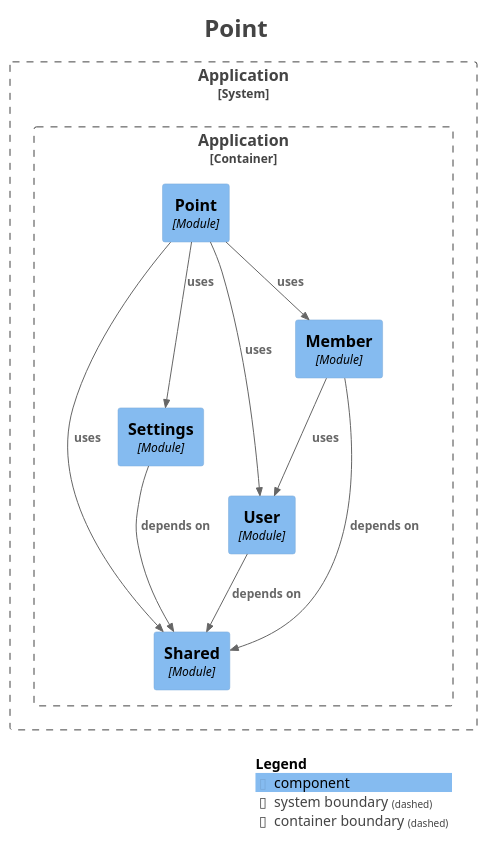
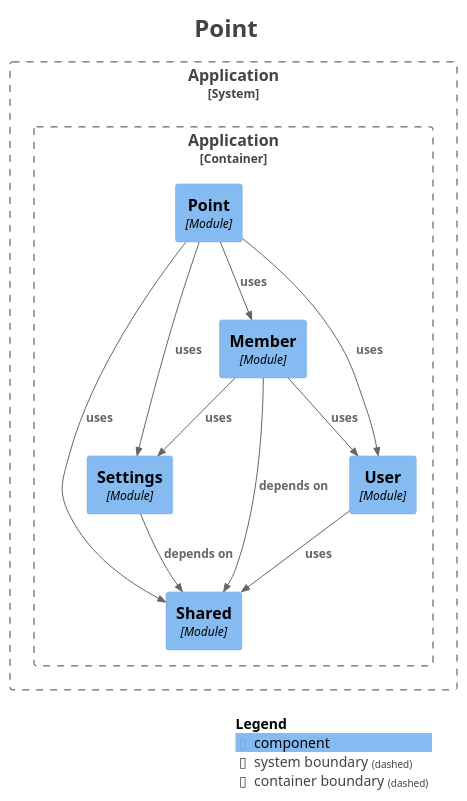
Before and after one commit to kanghouchao/Kizuna: the diagram in backend/docs/modulith/module-point.puml, drawn with PlantUML. The commit also changed 81 other files, not shown here.

```diff
--- a/backend/docs/modulith/module-point.puml
+++ b/backend/docs/modulith/module-point.puml
@@ -1,40 +1,41 @@
 @startuml
 title <size:24>Point</size>
 
 set separator none
 top to bottom direction
 
 <style>
   root {
     BackgroundColor: #ffffff
     FontColor: #444444
   }
 </style>
 
 !include <C4/C4>
 !include <C4/C4_Context>
 !include <C4/C4_Component>
 
 System_Boundary("Application_boundary", "Application", $tags="") {
   Container_Boundary("Application.Application_boundary", "Application", $tags="") {
     Component(Application.Application.Point, "Point", $techn="Module", $descr="", $tags="", $link="")
     Component(Application.Application.Shared, "Shared", $techn="Module", $descr="", $tags="", $link="")
     Component(Application.Application.Settings, "Settings", $techn="Module", $descr="", $tags="", $link="")
     Component(Application.Application.User, "User", $techn="Module", $descr="", $tags="", $link="")
     Component(Application.Application.Member, "Member", $techn="Module", $descr="", $tags="", $link="")
   }
 
 }
 
-Rel(Application.Application.User, Application.Application.Shared, "depends on", $techn="", $tags="", $link="")
+Rel(Application.Application.Member, Application.Application.Shared, "depends on", $techn="", $tags="", $link="")
+Rel(Application.Application.Member, Application.Application.Settings, "uses", $techn="", $tags="", $link="")
+Rel(Application.Application.Member, Application.Application.User, "uses", $techn="", $tags="", $link="")
 Rel(Application.Application.Settings, Application.Application.Shared, "depends on", $techn="", $tags="", $link="")
-Rel(Application.Application.Member, Application.Application.Shared, "depends on", $techn="", $tags="", $link="")
-Rel(Application.Application.Member, Application.Application.User, "uses", $techn="", $tags="", $link="")
+Rel(Application.Application.User, Application.Application.Shared, "uses", $techn="", $tags="", $link="")
 Rel(Application.Application.Point, Application.Application.User, "uses", $techn="", $tags="", $link="")
 Rel(Application.Application.Point, Application.Application.Member, "uses", $techn="", $tags="", $link="")
 Rel(Application.Application.Point, Application.Application.Shared, "uses", $techn="", $tags="", $link="")
 Rel(Application.Application.Point, Application.Application.Settings, "uses", $techn="", $tags="", $link="")
 
 SHOW_LEGEND(true)
 hide stereotypes
 @enduml
```
